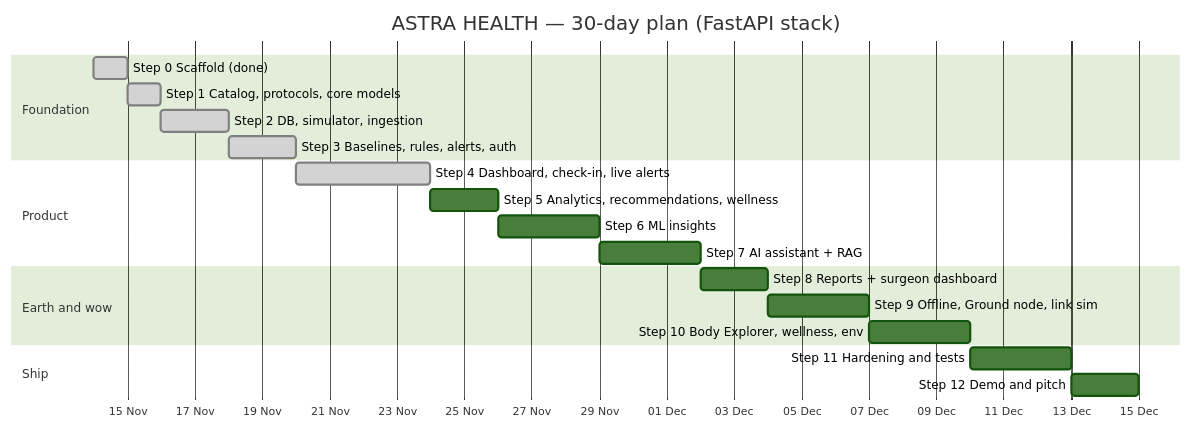
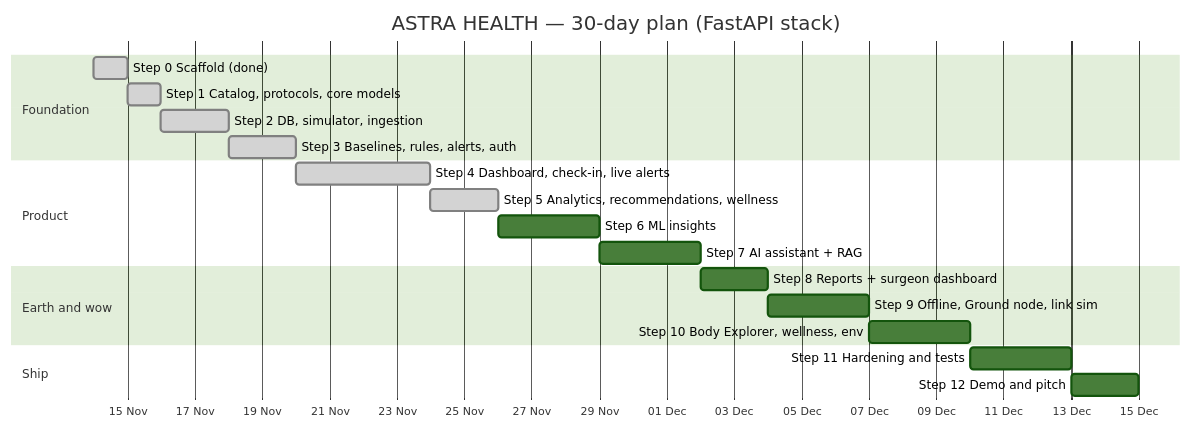
One commit to Tarun9076/Astra-Health changed the diagram in docs/04-Implementation-Plan.md. Above: the diagram before and after it, drawn with Mermaid (forest theme). The commit also changed other lines of this file and 7 other files, not shown here.

````diff
--- a/docs/04-Implementation-Plan.md
+++ b/docs/04-Implementation-Plan.md
@@ -34,23 +34,23 @@
 ```mermaid
 gantt
     title ASTRA HEALTH — 30-day plan (FastAPI stack)
     dateFormat  YYYY-MM-DD
     axisFormat  %d %b
     section Foundation
     Step 0 Scaffold (done)               :done, s0, 2026-11-14, 1d
     Step 1 Catalog, protocols, core models :done, s1, after s0, 1d
     Step 2 DB, simulator, ingestion      :done, s2, after s1, 2d
     Step 3 Baselines, rules, alerts, auth :done, s3, after s2, 2d
     section Product
     Step 4 Dashboard, check-in, live alerts :done, s4, after s3, 4d
-    Step 5 Analytics, recommendations, wellness :s5, after s4, 2d
+    Step 5 Analytics, recommendations, wellness :done, s5, after s4, 2d
     Step 6 ML insights                   :s6, after s5, 3d
     Step 7 AI assistant + RAG            :s7, after s6, 3d
     section Earth and wow
     Step 8 Reports + surgeon dashboard   :s8, after s7, 2d
     Step 9 Offline, Ground node, link sim :s9, after s8, 3d
     Step 10 Body Explorer, wellness, env :s10, after s9, 3d
     section Ship
     Step 11 Hardening and tests          :s11, after s10, 3d
     Step 12 Demo and pitch               :s12, after s11, 2d
 ```
````
